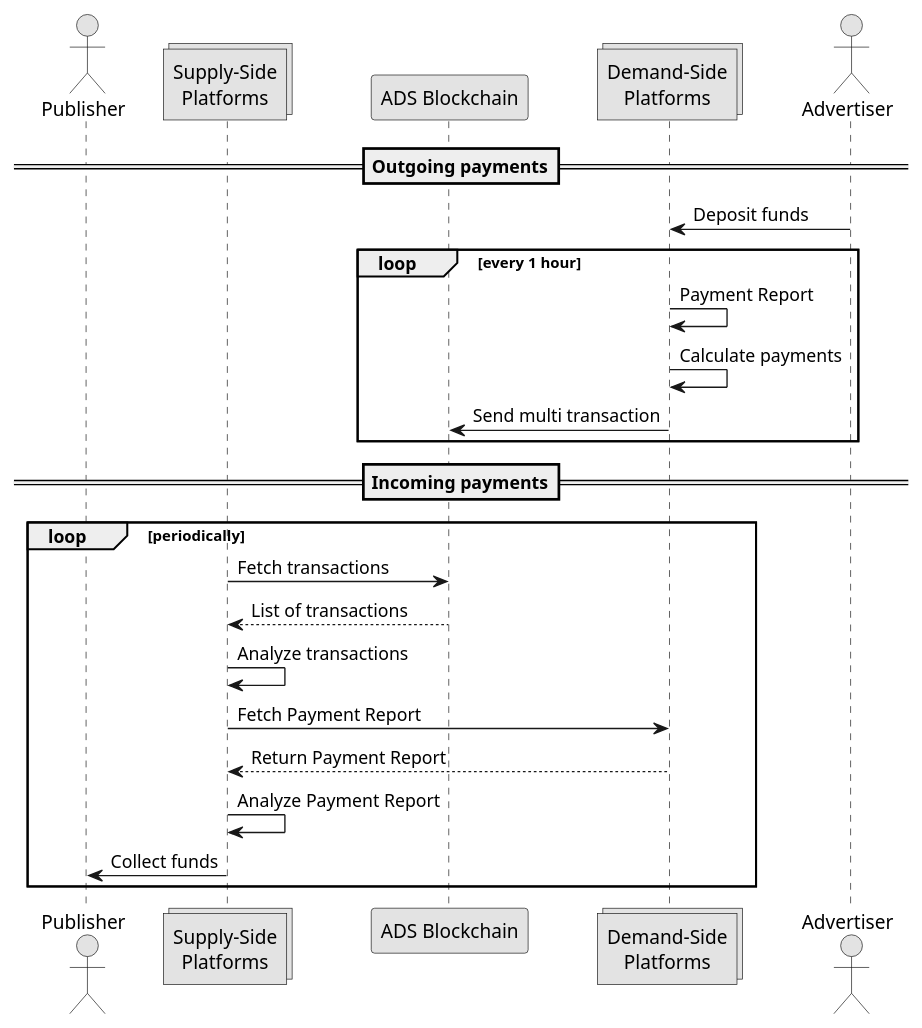
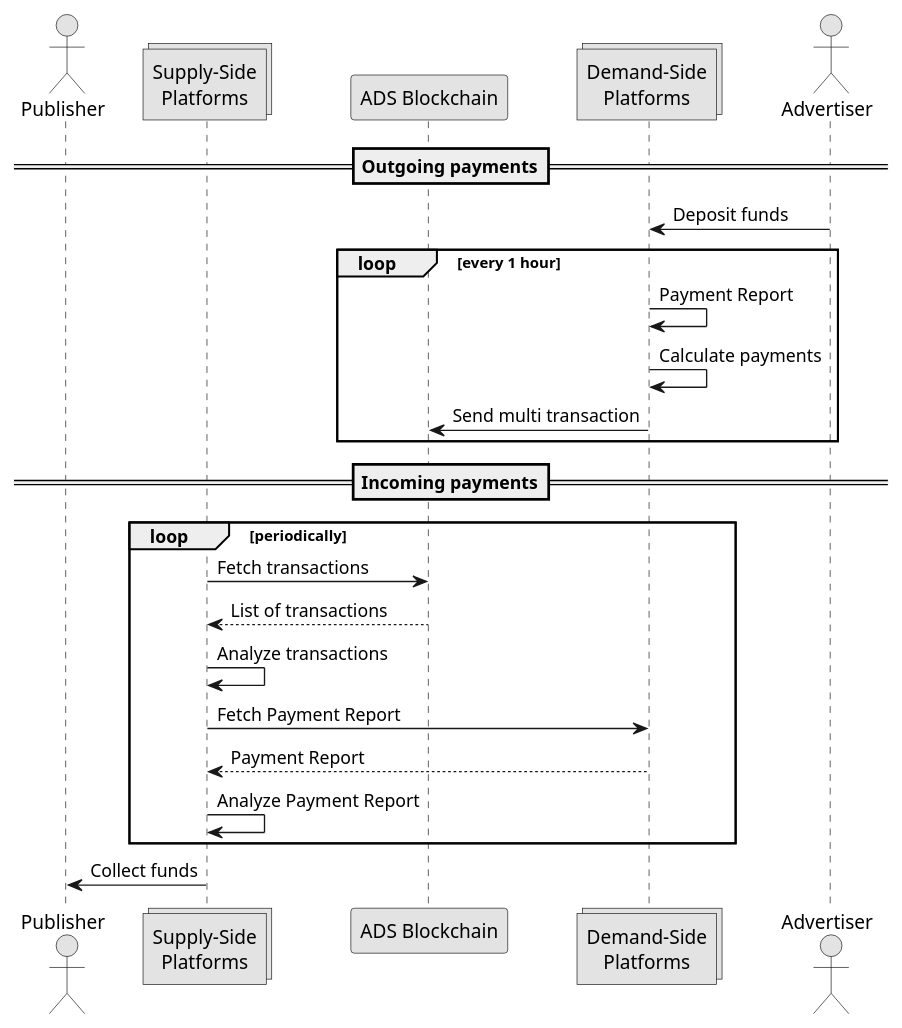
One commit to adshares/adshares-docs changed the diagram in protocol/payments/index.rst. Above: the diagram before and after it, drawn with PlantUML. The commit also changed 4 other files, not shown here.

```diff
--- a/protocol/payments/index.rst
+++ b/protocol/payments/index.rst
@@ -14,32 +14,32 @@
 .. uml::
     :align: center
 
     skinparam monochrome true
 
     actor       "Publisher"                 as publisher
     collections "Supply-Side\nPlatforms"    as SSP
     participant "ADS Blockchain"            as blockchain
     collections "Demand-Side\nPlatforms"    as DSP
     actor       "Advertiser"                as advertiser
 
     ==Outgoing payments==
 
     advertiser -> DSP: Deposit funds
     loop every 1 hour
         DSP -> DSP: Payment Report
         DSP -> DSP: Calculate payments
         DSP -> blockchain: Send multi transaction
     end
 
     ==Incoming payments==
 
     loop periodically
         SSP -> blockchain: Fetch transactions
         blockchain --> SSP: List of transactions
         SSP -> SSP: Analyze transactions
 
         SSP -> DSP: Fetch Payment Report
-        DSP --> SSP: Return Payment Report
+        DSP --> SSP: Payment Report
         SSP -> SSP: Analyze Payment Report
-        SSP -> publisher: Collect funds
     end
+    SSP -> publisher: Collect funds
```
